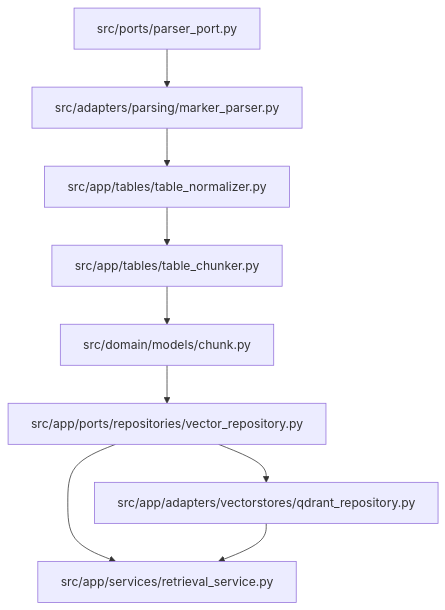
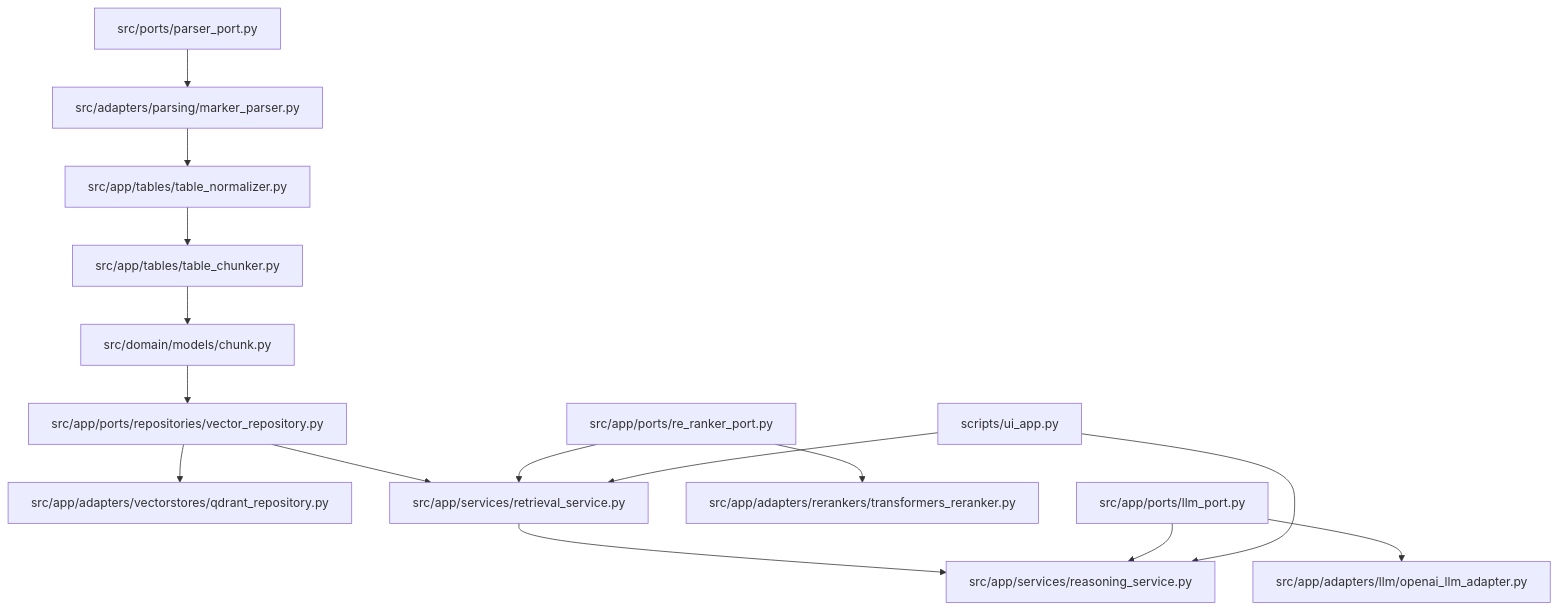
One commit to AlessiaYanChen/medical-research-rag-pipeline changed the third of 3 diagrams in architecture.md. Above: the diagram before and after it, drawn with Mermaid. The commit also changed other lines of this file and 1 other file, not shown here.

Commit message:
Add README and align architecture documentation

````diff
--- a/architecture.md
+++ b/architecture.md
@@ -183,11 +249,17 @@
 ```mermaid
 flowchart TD
     A[src/ports/parser_port.py] --> B[src/adapters/parsing/marker_parser.py]
     B --> C[src/app/tables/table_normalizer.py]
     C --> D[src/app/tables/table_chunker.py]
     D --> E[src/domain/models/chunk.py]
     E --> F[src/app/ports/repositories/vector_repository.py]
     F --> G[src/app/adapters/vectorstores/qdrant_repository.py]
     F --> H[src/app/services/retrieval_service.py]
-    G --> H
+    I[src/app/ports/re_ranker_port.py] --> J[src/app/adapters/rerankers/transformers_reranker.py]
+    I --> H
+    H --> K[src/app/services/reasoning_service.py]
+    L[src/app/ports/llm_port.py] --> M[src/app/adapters/llm/openai_llm_adapter.py]
+    L --> K
+    N[scripts/ui_app.py] --> H
+    N --> K
 ```
````
